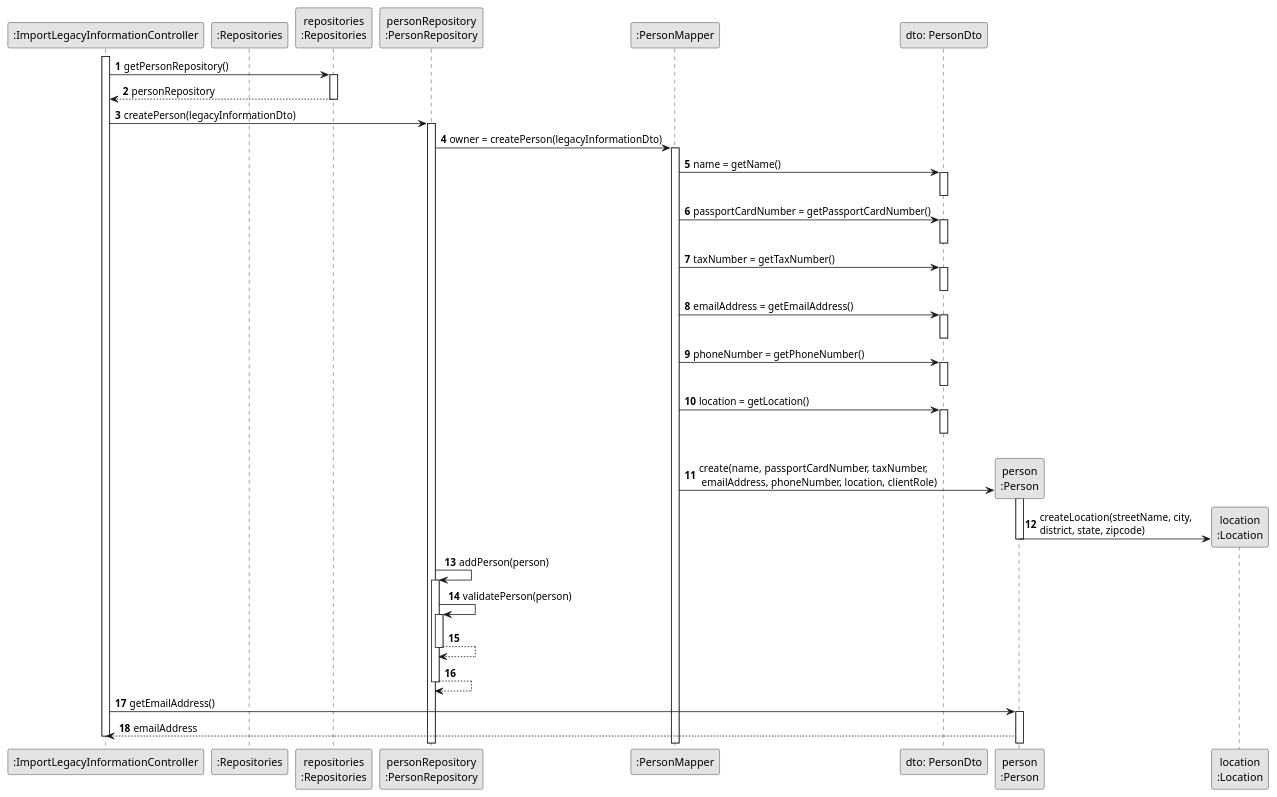
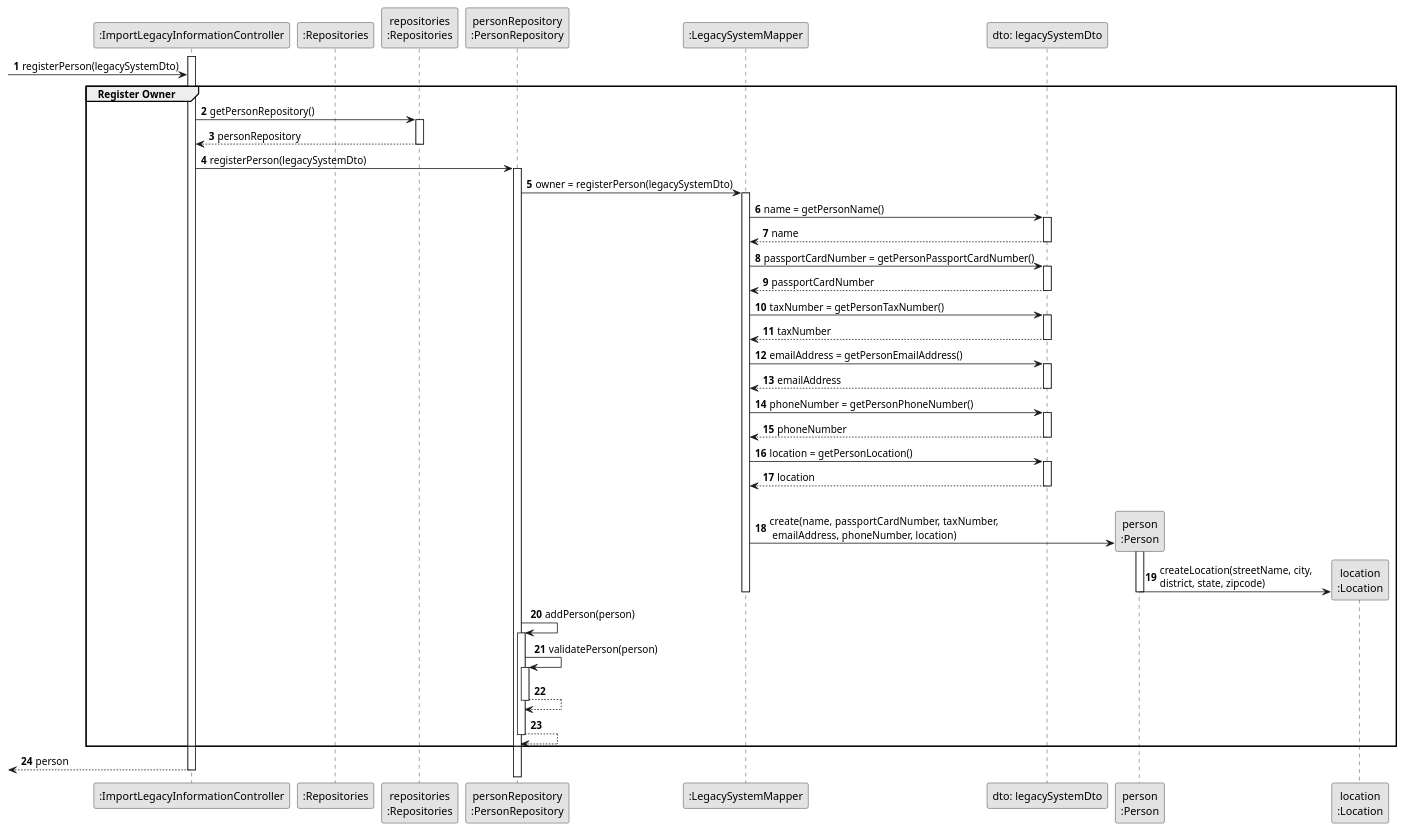
The diagram in docs/sprintC/us012/03.design/puml/us012-sequence-diagram-partial-register-owner.puml (rita-barbosa/LAPR2-2223), drawn with PlantUML before and after one commit.

Commit message:
Update partial SD - Register Owner [US012][Design]

```diff
--- a/docs/sprintC/us012/03.design/puml/us012-sequence-diagram-partial-register-owner.puml
+++ b/docs/sprintC/us012/03.design/puml/us012-sequence-diagram-partial-register-owner.puml
@@ -1,94 +1,102 @@
 @startuml
 skinparam monochrome true
 skinparam packageStyle rectangle
 skinparam shadowing false
 
 autonumber
 
 'hide footbox
 participant ":ImportLegacyInformationController" as CTRL
 participant ":Repositories" as RepositorySingleton
 participant "repositories\n:Repositories" as PLAT
 participant "personRepository\n:PersonRepository" as PERSONREP
-participant ":PersonMapper" as PERMAPPER
-participant "dto: PersonDto" as PERDTO
+participant ":LegacySystemMapper" as LEGSYSTMAPPER
+participant "dto: legacySystemDto" as LEGSYSTDTO
 participant "person\n:Person" as PERSON
 participant "location\n:Location" as LOCATION
 
 
 activate CTRL
 
+    -> CTRL : registerPerson(legacySystemDto)
+
+    group Register Owner
 
     CTRL -> PLAT : getPersonRepository()
     activate PLAT
 
     PLAT --> CTRL : personRepository
     deactivate PLAT
 
-    CTRL -> PERSONREP : createPerson(legacyInformationDto)
+    CTRL -> PERSONREP : registerPerson(legacySystemDto)
     activate PERSONREP
 
-'    CTRL -> PERSONREP : createPerson(name, passportCardNumber, taxNumber,\n emailAddress, phoneNumber, streetName,\n city, district, state, zipcode, clientRole)
-'   activate PERSONREP
+    PERSONREP -> LEGSYSTMAPPER : owner = registerPerson(legacySystemDto)
+    activate LEGSYSTMAPPER
 
-    PERSONREP -> PERMAPPER : owner = createPerson(legacyInformationDto)
-    activate PERMAPPER
+    LEGSYSTMAPPER -> LEGSYSTDTO : name = getPersonName()
+    activate LEGSYSTDTO
 
-    PERMAPPER -> PERDTO : name = getName()
-    activate PERDTO
-    deactivate PERDTO
+    LEGSYSTDTO --> LEGSYSTMAPPER : name
+    deactivate LEGSYSTDTO
 
-    PERMAPPER -> PERDTO : passportCardNumber = getPassportCardNumber()
-    activate PERDTO
-    deactivate PERDTO
+    LEGSYSTMAPPER -> LEGSYSTDTO : passportCardNumber = getPersonPassportCardNumber()
+    activate LEGSYSTDTO
 
-    PERMAPPER -> PERDTO : taxNumber = getTaxNumber()
-    activate PERDTO
-    deactivate PERDTO
+    LEGSYSTDTO --> LEGSYSTMAPPER : passportCardNumber
+    deactivate LEGSYSTDTO
 
-    PERMAPPER -> PERDTO : emailAddress = getEmailAddress()
-    activate PERDTO
-    deactivate PERDTO
+    LEGSYSTMAPPER -> LEGSYSTDTO : taxNumber = getPersonTaxNumber()
+    activate LEGSYSTDTO
 
-    PERMAPPER -> PERDTO : phoneNumber = getPhoneNumber()
-    activate PERDTO
-    deactivate PERDTO
+    LEGSYSTDTO --> LEGSYSTMAPPER : taxNumber
+    deactivate LEGSYSTDTO
 
-    PERMAPPER -> PERDTO : location = getLocation()
-    activate PERDTO
-    deactivate PERDTO
+    LEGSYSTMAPPER -> LEGSYSTDTO : emailAddress = getPersonEmailAddress()
+    activate LEGSYSTDTO
+
+    LEGSYSTDTO --> LEGSYSTMAPPER : emailAddress
+    deactivate LEGSYSTDTO
+
+    LEGSYSTMAPPER -> LEGSYSTDTO : phoneNumber = getPersonPhoneNumber()
+    activate LEGSYSTDTO
+
+    LEGSYSTDTO --> LEGSYSTMAPPER : phoneNumber
+    deactivate LEGSYSTDTO
+
+    LEGSYSTMAPPER -> LEGSYSTDTO : location = getPersonLocation()
+    activate LEGSYSTDTO
+
+    LEGSYSTDTO --> LEGSYSTMAPPER : location
+    deactivate LEGSYSTDTO
 
     |||
 
-    PERMAPPER -> PERSON** : create(name, passportCardNumber, taxNumber,\n emailAddress, phoneNumber, location, clientRole)
+    LEGSYSTMAPPER -> PERSON** : create(name, passportCardNumber, taxNumber,\n emailAddress, phoneNumber, location)
     activate PERSON
 
     PERSON -> LOCATION** : createLocation(streetName, city, \ndistrict, state, zipcode)
     deactivate PERSON
+    deactivate LEGSYSTMAPPER
 
     PERSONREP -> PERSONREP: addPerson(person)
     activate PERSONREP
 
         PERSONREP -> PERSONREP: validatePerson(person)
         activate PERSONREP
 
         PERSONREP --> PERSONREP :
         deactivate PERSONREP
 
     PERSONREP --> PERSONREP :
     deactivate PERSONREP
 
-    CTRL -> PERSON : getEmailAddress()
-    activate PERSON
+    end group
 
-    PERSON --> CTRL : emailAddress
-    deactivate CTRL
-'
-'    PERSONREP --> CTRL : person
-'    deactivate PERSONREP
+    <-- CTRL : person
 
 deactivate CTRL
 
 
 
 @enduml
```
